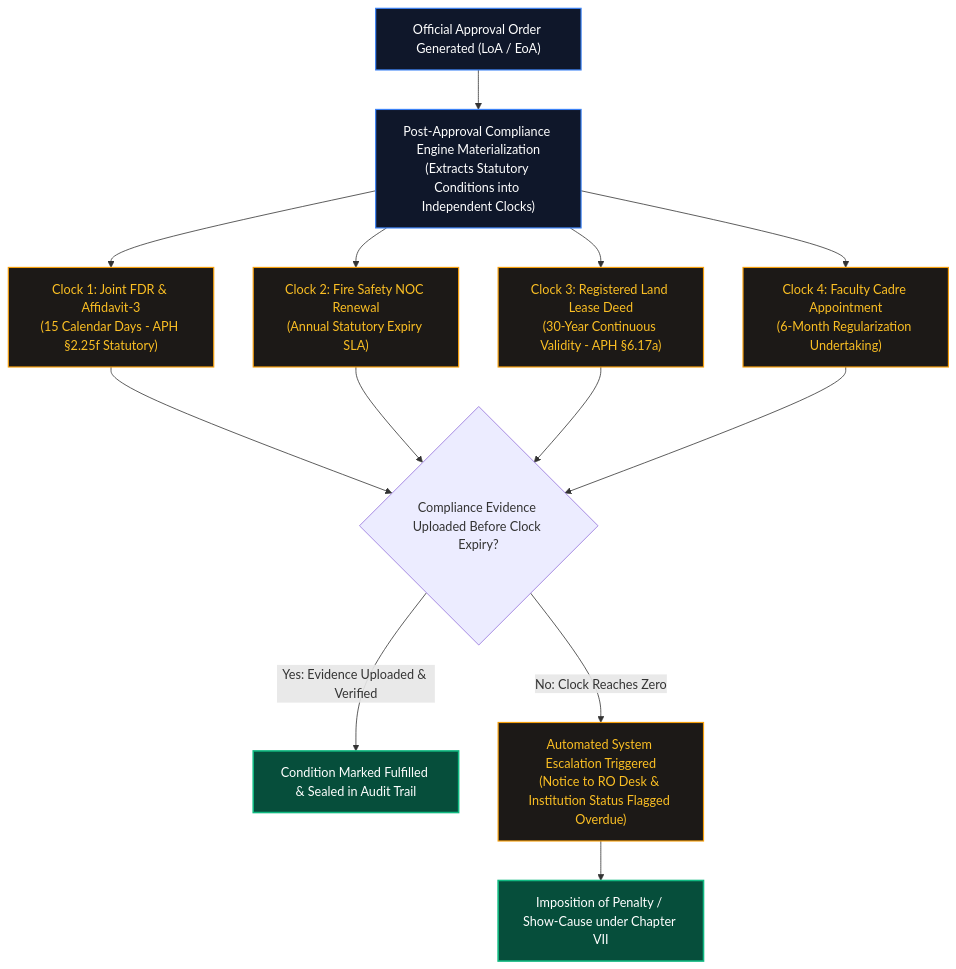
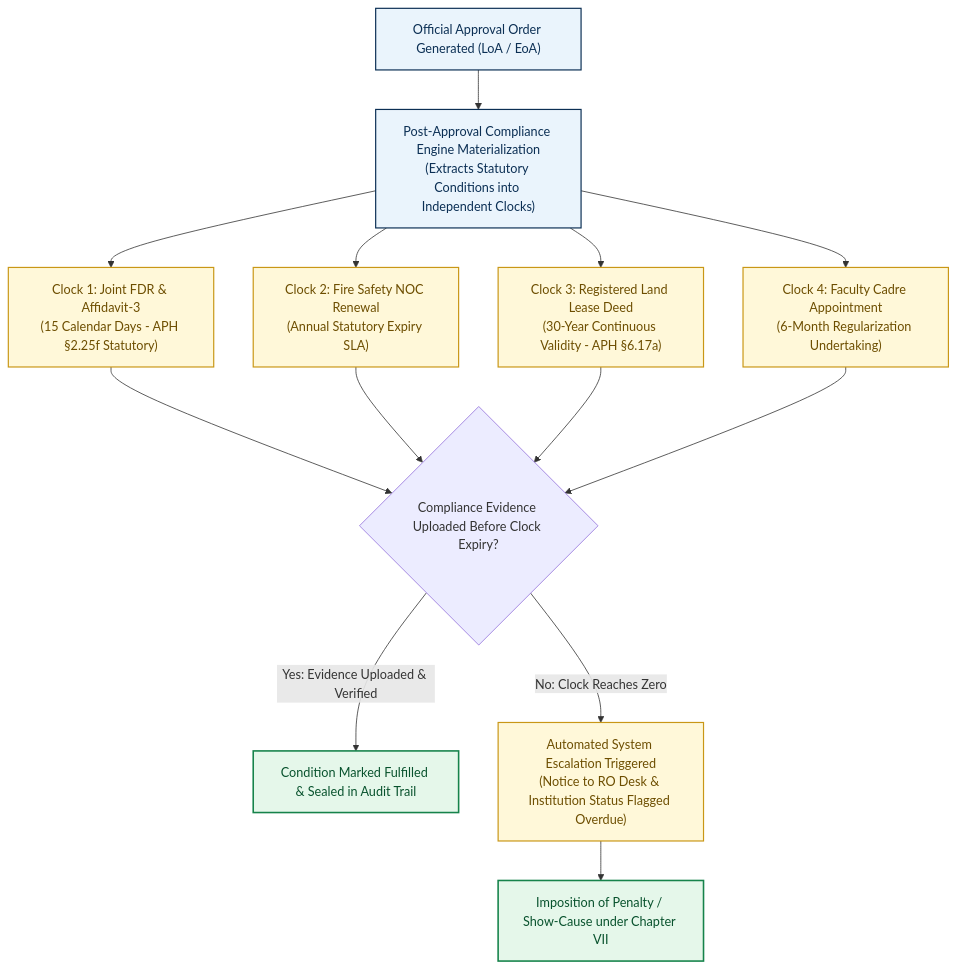
Before and after one commit to Parth-Chavan-15/SIH-2026-AICTE: diagram 11 of 11 in README.md, drawn with Mermaid. The commit also changed other lines of this file, not shown here.

````diff
--- a/README.md
+++ b/README.md
@@ -339,22 +350,22 @@
 ```mermaid
 flowchart TD
-    classDef step fill:#0f172a,stroke:#3b82f6,stroke-width:1.5px,color:#fff;
-    classDef clock fill:#1c1917,stroke:#f59e0b,stroke-width:1.5px,color:#fbbf24;
-    classDef terminal fill:#064e3b,stroke:#10b981,stroke-width:2px,color:#fff;
+    classDef step fill:#EAF4FC,stroke:#0B2F54,stroke-width:1.5px,color:#0B2F54;
+    classDef clock fill:#FFF8D9,stroke:#C99716,stroke-width:1.5px,color:#6D4E00;
+    classDef terminal fill:#E5F7EA,stroke:#16834B,stroke-width:2px,color:#08522D;
 
     A["Official Approval Order Generated (LoA / EoA)"]:::step --> B["Post-Approval Compliance Engine Materialization<br/>(Extracts Statutory Conditions into Independent Clocks)"]:::step
     
     B --> C["Clock 1: Joint FDR & Affidavit-3<br/>(15 Calendar Days - APH §2.25f Statutory)"]:::clock
     B --> D["Clock 2: Fire Safety NOC Renewal<br/>(Annual Statutory Expiry SLA)"]:::clock
     B --> E["Clock 3: Registered Land Lease Deed<br/>(30-Year Continuous Validity - APH §6.17a)"]:::clock
     B --> F["Clock 4: Faculty Cadre Appointment<br/>(6-Month Regularization Undertaking)"]:::clock
 
     C --> G{"Compliance Evidence Uploaded Before Clock Expiry?"}
     D --> G
     E --> G
     F --> G
 
     G -->|Yes: Evidence Uploaded & Verified| H["Condition Marked Fulfilled & Sealed in Audit Trail"]:::terminal
     G -->|No: Clock Reaches Zero| I["Automated System Escalation Triggered<br/>(Notice to RO Desk & Institution Status Flagged Overdue)"]:::clock
     I --> J["Imposition of Penalty / Show-Cause under Chapter VII"]:::terminal
 ```
````
